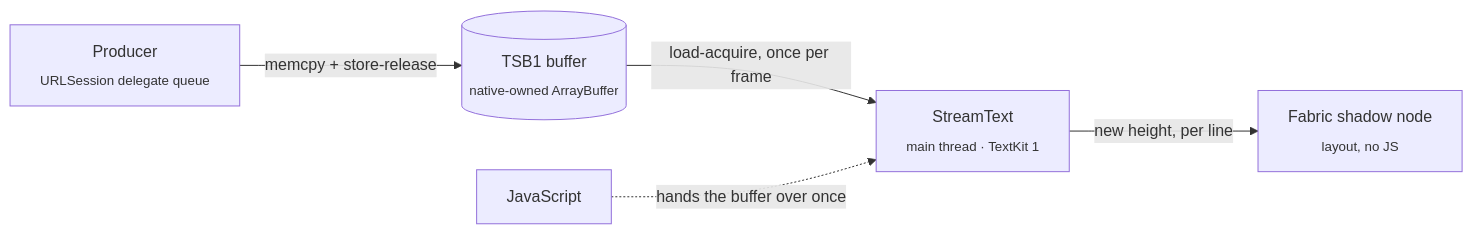
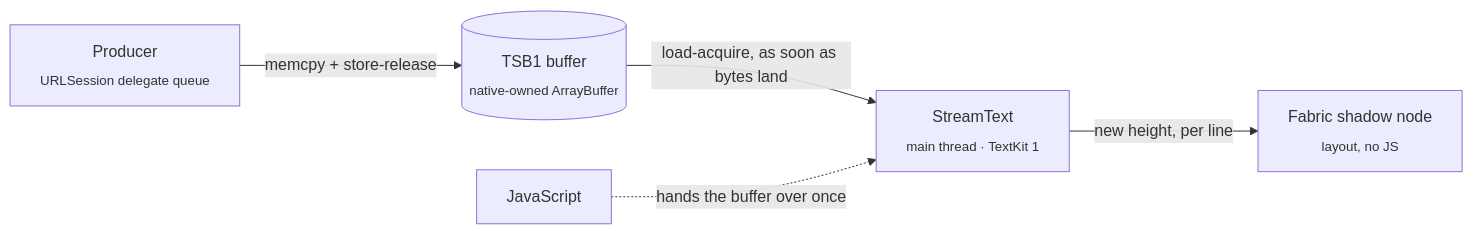
The diagram in README.md (pioner92/react-native-text-stream), drawn with Mermaid before and after one commit. The commit also changed other lines of this file and 1 other file, not shown here.

````diff
--- a/README.md
+++ b/README.md
@@ -175,7 +283,7 @@
 ```mermaid
 flowchart LR
     P["Producer<br/><sub>URLSession delegate queue</sub>"] -- "memcpy + store-release" --> B[("TSB1 buffer<br/><sub>native-owned ArrayBuffer</sub>")]
-    B -- "load-acquire, once per frame" --> R["StreamText<br/><sub>main thread · TextKit 1</sub>"]
+    B -- "load-acquire, as soon as bytes land" --> R["StreamText<br/><sub>main thread · TextKit 1</sub>"]
     R -- "new height, per line" --> S["Fabric shadow node<br/><sub>layout, no JS</sub>"]
     J["JavaScript"] -. "hands the buffer over once" .-> R
 ```
````
